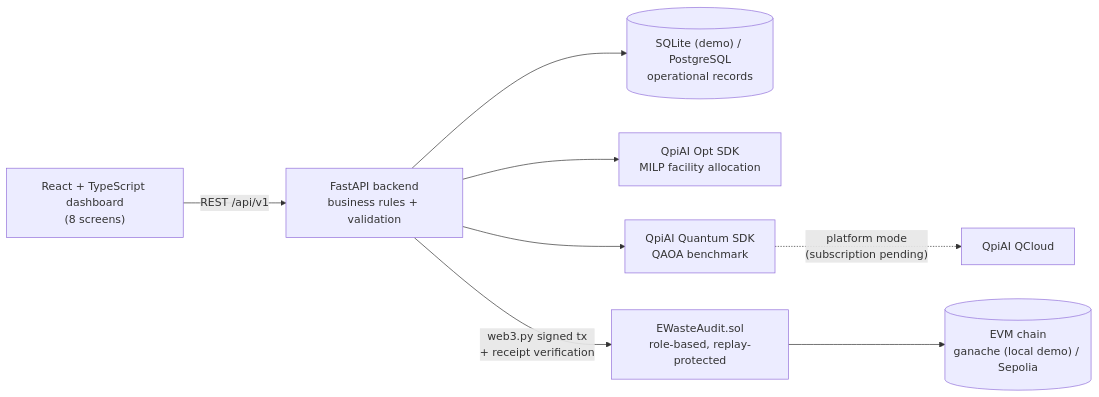
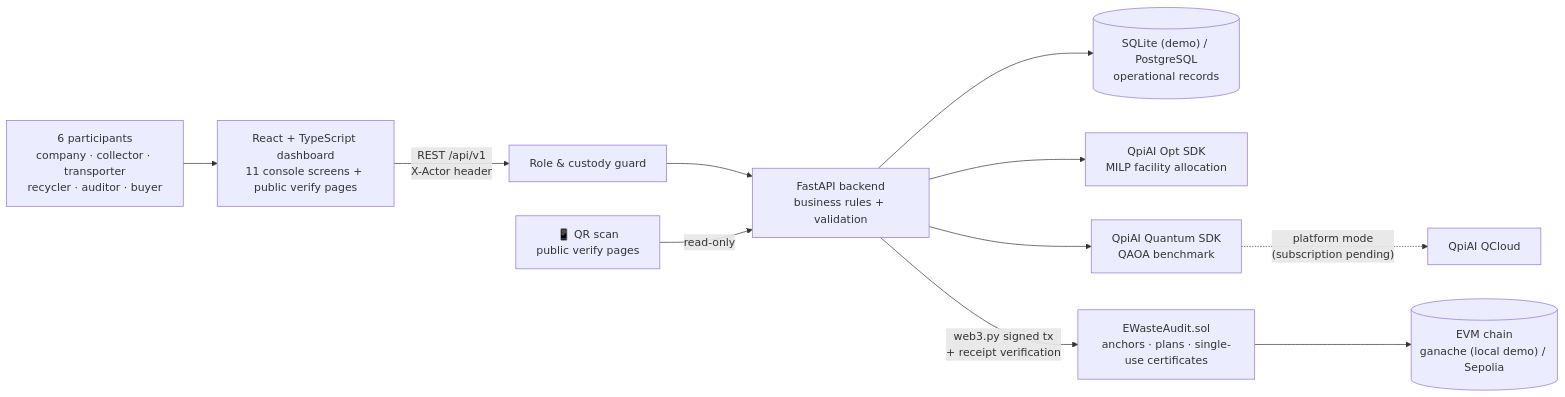
Before and after one commit to Poornima-HA/E-Waste_NMIT_ChaosCoders: the diagram in README.md, drawn with Mermaid. The commit also changed other lines of this file and 1 other file, not shown here.

Commit message:
README: roles, certificates, visuals, 39 tests

````diff
--- a/README.md
+++ b/README.md
@@ -39,10 +54,13 @@
 ```mermaid
 flowchart LR
-    UI["React + TypeScript dashboard<br/>(8 screens)"] -->|REST /api/v1| API["FastAPI backend<br/>business rules + validation"]
+    P["6 participants<br/>company · collector · transporter<br/>recycler · auditor · buyer"] --> UI
+    UI["React + TypeScript dashboard<br/>11 console screens + public verify pages"] -->|"REST /api/v1<br/>X-Actor header"| GUARD["Role & custody guard"]
+    GUARD --> API["FastAPI backend<br/>business rules + validation"]
+    PUB["📱 QR scan<br/>public verify pages"] -->|read-only| API
     API --> DB[("SQLite (demo) / PostgreSQL<br/>operational records")]
     API --> OPT["QpiAI Opt SDK<br/>MILP facility allocation"]
     API --> QAOA["QpiAI Quantum SDK<br/>QAOA benchmark"]
     QAOA -. "platform mode<br/>(subscription pending)" .-> QC["QpiAI QCloud"]
-    API -->|"web3.py signed tx<br/>+ receipt verification"| SC["EWasteAudit.sol<br/>role-based, replay-protected"]
+    API -->|"web3.py signed tx<br/>+ receipt verification"| SC["EWasteAudit.sol<br/>anchors · plans · single-use certificates"]
     SC --> CHAIN[("EVM chain<br/>ganache (local demo) / Sepolia")]
 ```
````
